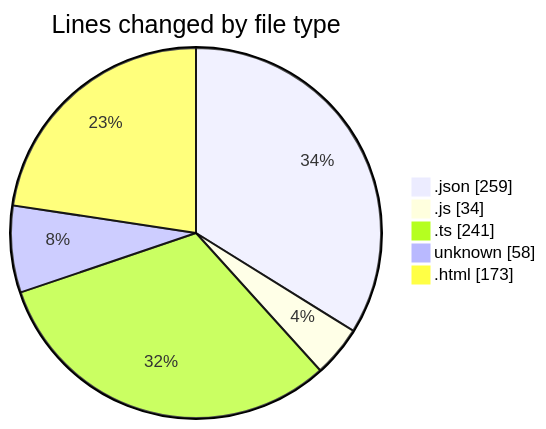
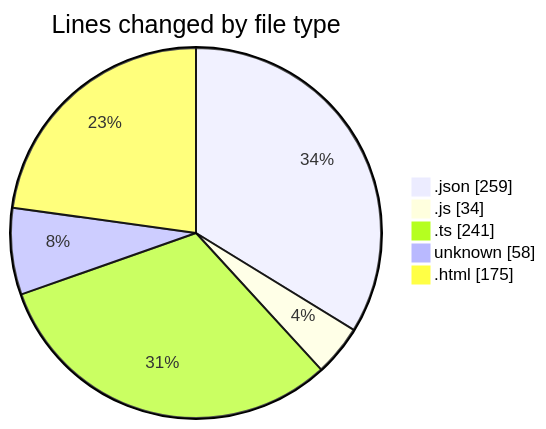
The first of 2 diagrams in 2025-05-12/news-clock-system-caspercg/README.md (momahboobian/code-tracking), drawn with Mermaid before and after one commit. The commit also changed other lines of this file and 1 other file, not shown here.

````diff
--- a/2025-05-12/news-clock-system-caspercg/README.md
+++ b/2025-05-12/news-clock-system-caspercg/README.md
@@ -32,9 +32,9 @@
 ```mermaid
 pie showData
 title Lines changed by file type
 ".json" : 259
 ".js" : 34
 ".ts" : 241
 "unknown" : 58
-".html" : 173
+".html" : 175
 ```
````
